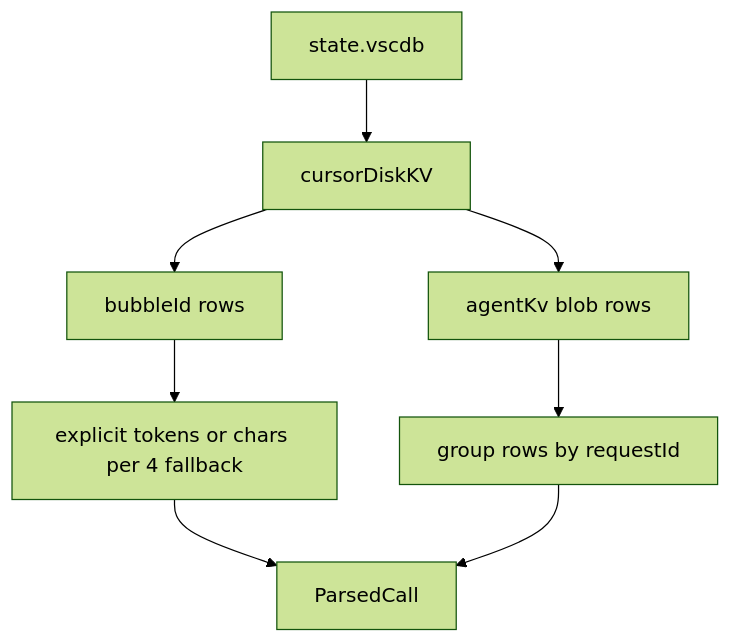
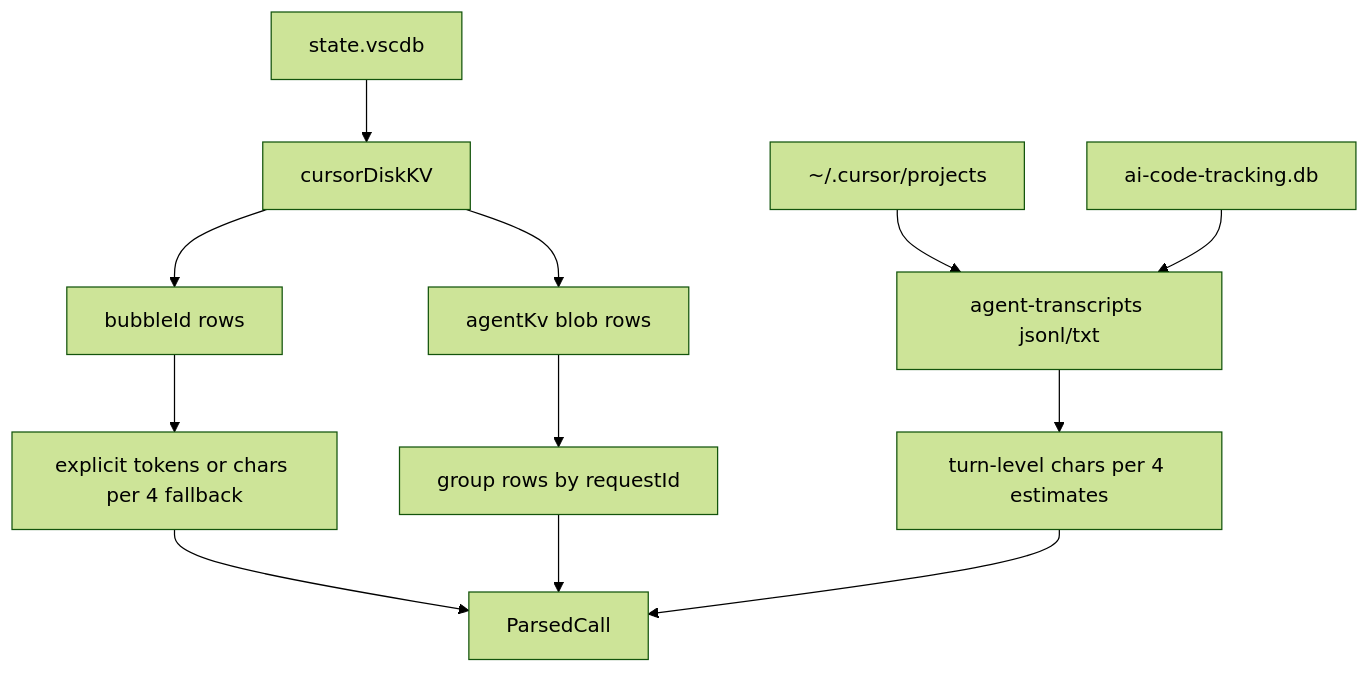
Before and after one commit to russmckendrick/tokenuse: the diagram in docs/development/tools/cursor.md, drawn with Mermaid (forest theme). The commit also changed other lines of this file and 26 other files, not shown here.

````diff
--- a/docs/development/tools/cursor.md
+++ b/docs/development/tools/cursor.md
@@ -17,10 +25,14 @@
 ```mermaid
 flowchart TD
     A[state.vscdb] --> B[cursorDiskKV]
     B --> C[bubbleId rows]
     B --> D[agentKv blob rows]
+    H["~/.cursor/projects"] --> I["agent-transcripts jsonl/txt"]
+    J[ai-code-tracking.db] --> I
     C --> E[explicit tokens or chars per 4 fallback]
     D --> F[group rows by requestId]
+    I --> K[turn-level chars per 4 estimates]
     E --> G[ParsedCall]
     F --> G
+    K --> G
 ```
````
